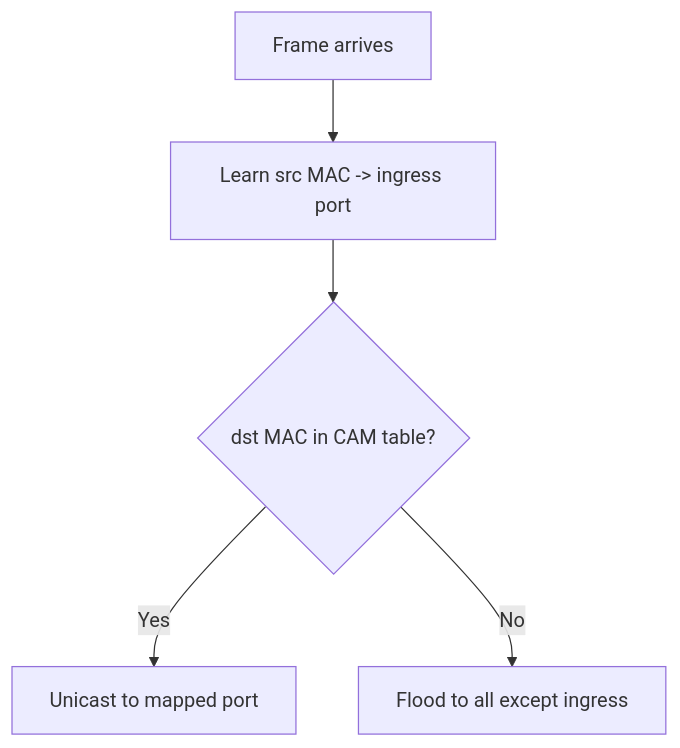
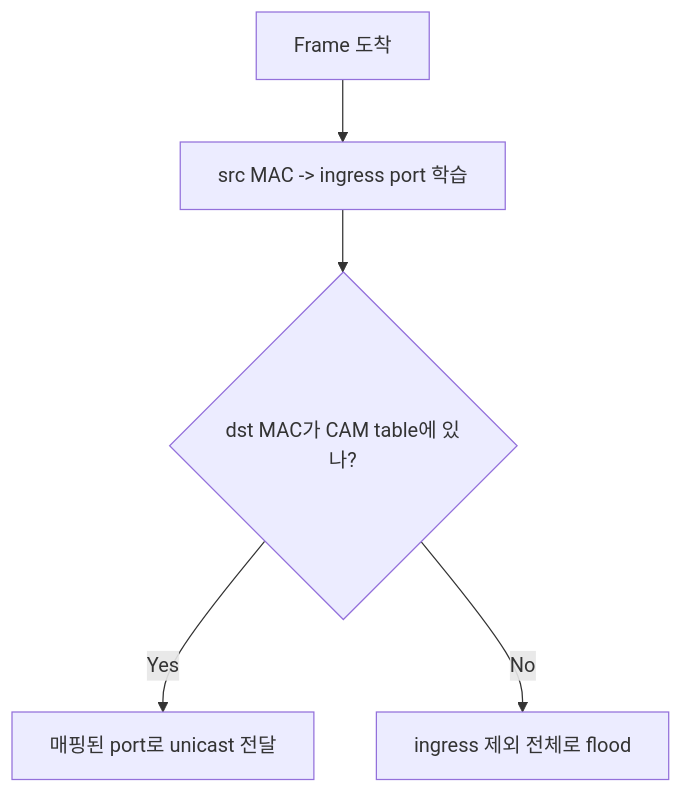
The eighth of 39 diagrams in _posts/cs-note/2026-02-27-network.md (mandoobox/mandoobox.github.io), drawn with Mermaid before and after one commit. The commit also changed other lines of this file and 18 other files, not shown here.

````diff
--- a/_posts/cs-note/2026-02-27-network.md
+++ b/_posts/cs-note/2026-02-27-network.md
@@ -224,7 +224,7 @@
 ```mermaid
 flowchart TD
-  F[Frame arrives] --> L["Learn src MAC -> ingress port"]
-  L --> Q{dst MAC in CAM table?}
-  Q -->|Yes| U[Unicast to mapped port]
-  Q -->|No| M[Flood to all except ingress]
+  F[Frame 도착] --> L["src MAC -> ingress port 학습"]
+  L --> Q{dst MAC가 CAM table에 있나?}
+  Q -->|Yes| U[매핑된 port로 unicast 전달]
+  Q -->|No| M[ingress 제외 전체로 flood]
 ```
````
